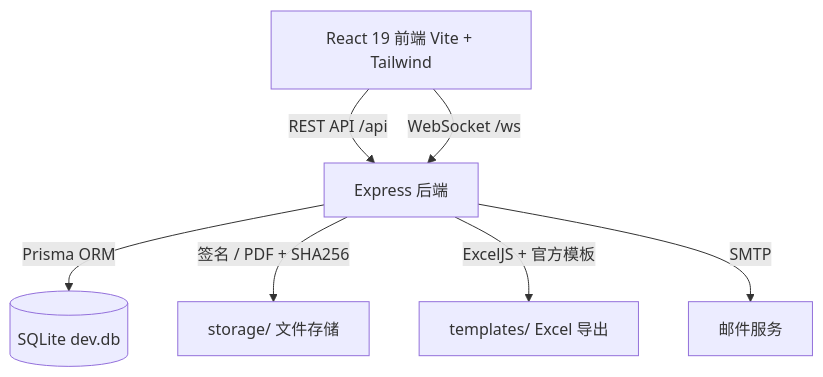
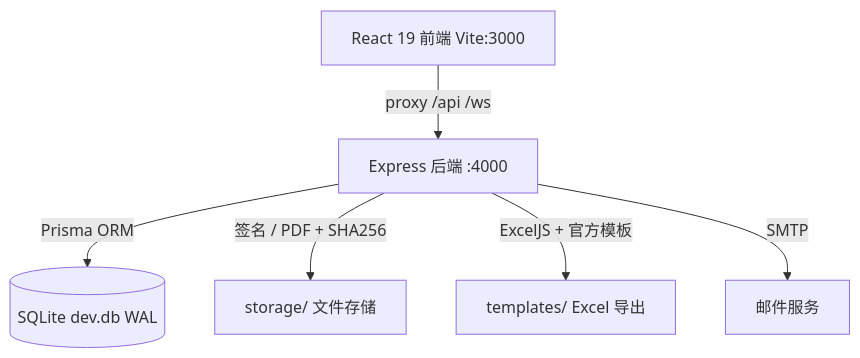
Before and after one commit to young8290/HQU-CEAS: the diagram in README.md, drawn with Mermaid. The commit also changed other lines of this file and 324 other files, not shown here.

````diff
--- a/README.md
+++ b/README.md
@@ -91,9 +97,8 @@
 ```mermaid
 graph TD
-    A[React 19 前端 Vite + Tailwind] -->|REST API /api| B[Express 后端]
-    A -->|WebSocket /ws| B
-    B -->|Prisma ORM| C[(SQLite dev.db)]
+    A[React 19 前端 Vite:3000] -->|proxy /api /ws| B[Express 后端 :4000]
+    B -->|Prisma ORM| C[(SQLite dev.db WAL)]
     B -->|签名 / PDF + SHA256| D[storage/ 文件存储]
     B -->|ExcelJS + 官方模板| E[templates/ Excel 导出]
     B -->|SMTP| F[邮件服务]
 ```
````
